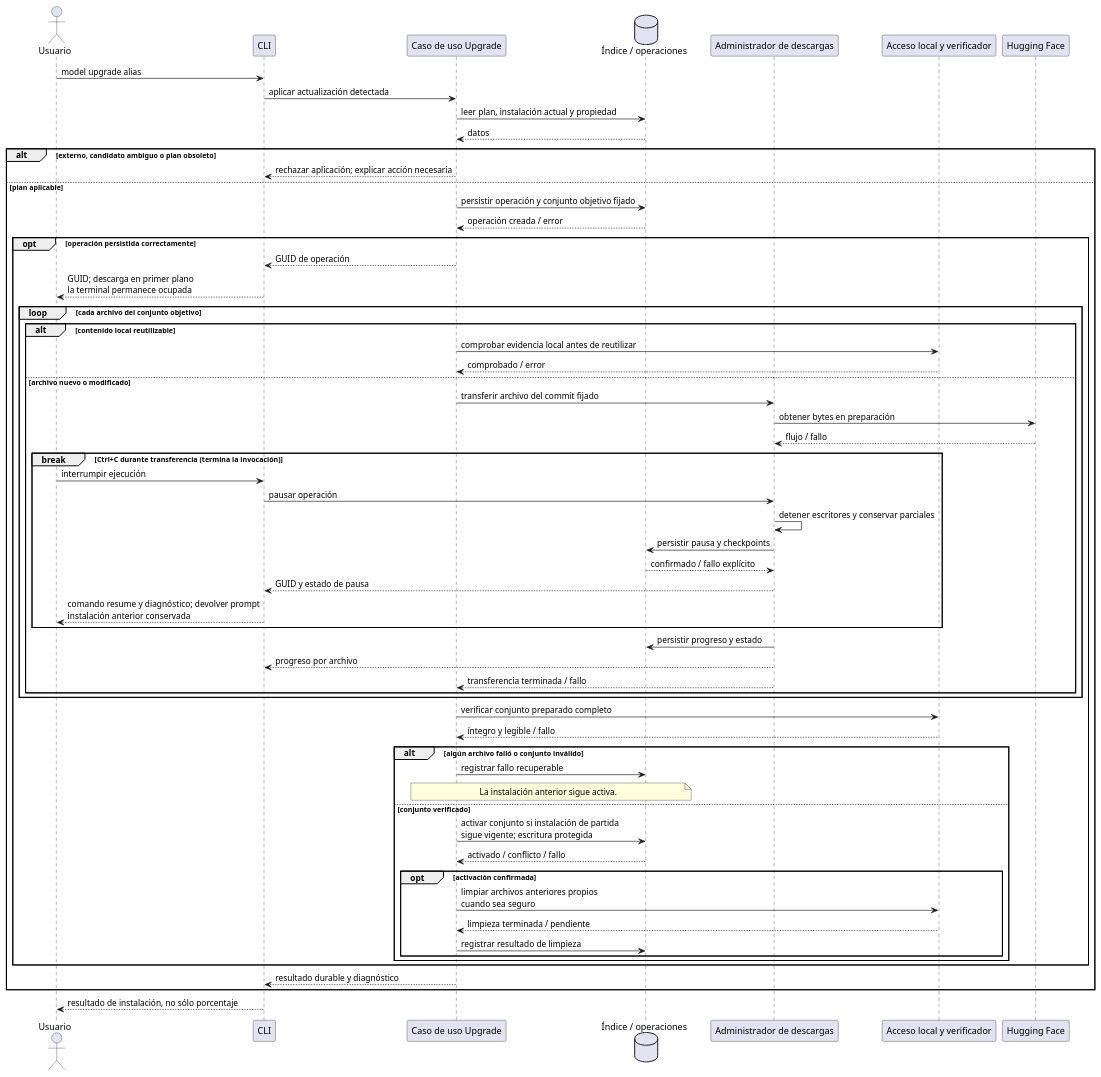
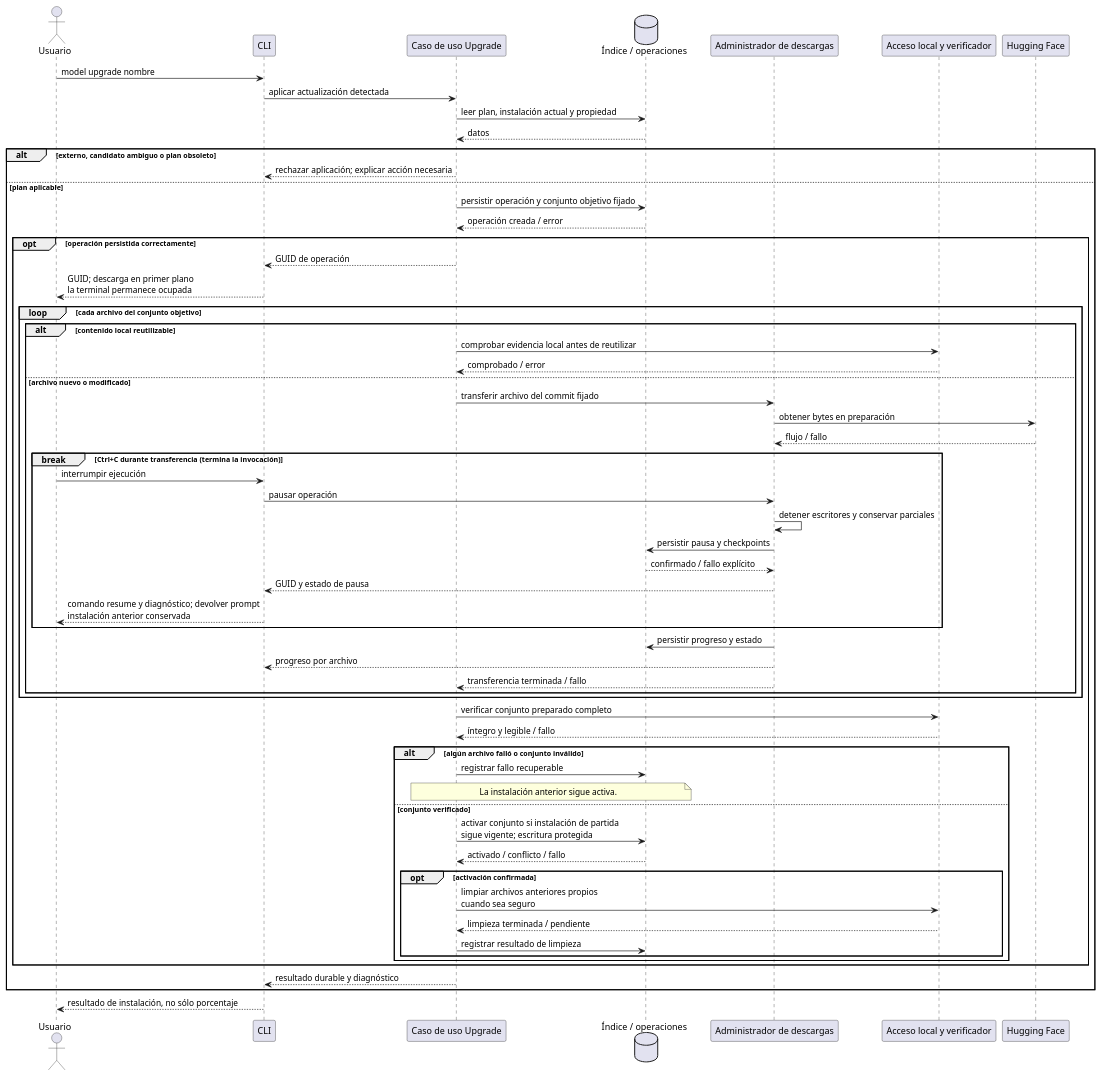
One commit to mstranich/coquena changed the fourth of 7 diagrams in docs/secuencias.md. Above: the diagram before and after it, drawn with PlantUML. The commit also changed other lines of this file and 7 other files, not shown here.

````diff
--- a/docs/secuencias.md
+++ b/docs/secuencias.md
@@ -232,65 +229,65 @@
 ```plantuml
 @startuml
 actor Usuario as U
 participant CLI
 participant "Caso de uso Upgrade" as UG
 database "Índice / operaciones" as I
 participant "Administrador de descargas" as D
 participant "Acceso local y verificador" as F
 participant "Hugging Face" as HF
-U -> CLI : model upgrade alias
+U -> CLI : model upgrade nombre
 CLI -> UG : aplicar actualización detectada
 UG -> I : leer plan, instalación actual y propiedad
 I --> UG : datos
 alt externo, candidato ambiguo o plan obsoleto
   UG --> CLI : rechazar aplicación; explicar acción necesaria
 else plan aplicable
   UG -> I : persistir operación y conjunto objetivo fijado
   I --> UG : operación creada / error
   opt operación persistida correctamente
     UG --> CLI : GUID de operación
     CLI --> U : GUID; descarga en primer plano\nla terminal permanece ocupada
     loop cada archivo del conjunto objetivo
       alt contenido local reutilizable
         UG -> F : comprobar evidencia local antes de reutilizar
         F --> UG : comprobado / error
       else archivo nuevo o modificado
         UG -> D : transferir archivo del commit fijado
         D -> HF : obtener bytes en preparación
         HF --> D : flujo / fallo
         break Ctrl+C durante transferencia (termina la invocación)
           U -> CLI : interrumpir ejecución
           CLI -> D : pausar operación
           D -> D : detener escritores y conservar parciales
           D -> I : persistir pausa y checkpoints
           I --> D : confirmado / fallo explícito
           D --> CLI : GUID y estado de pausa
           CLI --> U : comando resume y diagnóstico; devolver prompt\ninstalación anterior conservada
         end
         D -> I : persistir progreso y estado
         D --> CLI : progreso por archivo
         D --> UG : transferencia terminada / fallo
       end
     end
     UG -> F : verificar conjunto preparado completo
     F --> UG : íntegro y legible / fallo
     alt algún archivo falló o conjunto inválido
       UG -> I : registrar fallo recuperable
       note over UG,I
         La instalación anterior sigue activa.
       end note
     else conjunto verificado
       UG -> I : activar conjunto si instalación de partida\nsigue vigente; escritura protegida
       I --> UG : activado / conflicto / fallo
       opt activación confirmada
         UG -> F : limpiar archivos anteriores propios\ncuando sea seguro
         F --> UG : limpieza terminada / pendiente
         UG -> I : registrar resultado de limpieza
       end
     end
   end
   UG --> CLI : resultado durable y diagnóstico
 end
 CLI --> U : resultado de instalación, no sólo porcentaje
 @enduml
 ```
````
